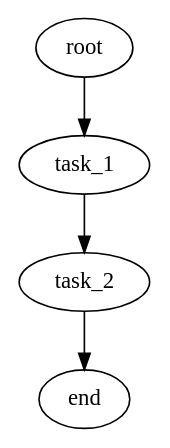
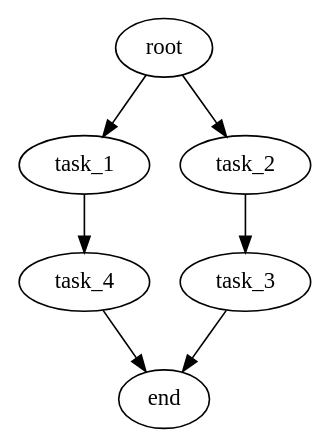
Before and after one commit to Ksenia-C/dslab: the diagram in tools/dag_gen/gen_multithread_program_tmp/main_thread.dot, drawn with Graphviz. The commit also changed 12 other files, not shown here.

```diff
--- a/tools/dag_gen/gen_multithread_program_tmp/main_thread.dot
+++ b/tools/dag_gen/gen_multithread_program_tmp/main_thread.dot
@@ -1,10 +1,15 @@
 digraph G {
-  root [size="0.000000e+00"];
+  root [size="1.000000e+00"];
   task_1 [size="2.129140e+01"];
   task_2 [size="1.540917e+01"];
-  end [size="0.000000e+00"];
+  task_3 [size="7.874991e+00"];
+  task_4 [size="5.117865e+01"];
+  end [size="1.000000e+00"];
 
   root -> task_1 [size="1.000000e-12"];
-  task_1 -> task_2 [size="2.003192e+01"];
-  task_2 -> end [size="1.000000e-12"];
+  root -> task_2 [size="1.000000e-12"];
+  task_1 -> task_4 [size="6.653225e+01"];
+  task_2 -> task_3 [size="1.023749e+01"];
+  task_3 -> end [size="1.000000e-12"];
+  task_4 -> end [size="1.000000e-12"];
 }
```
